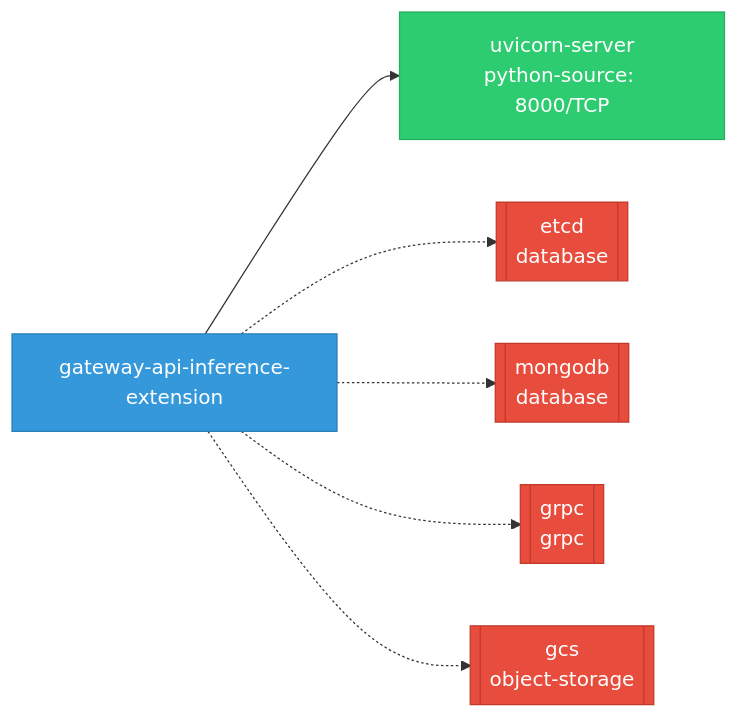
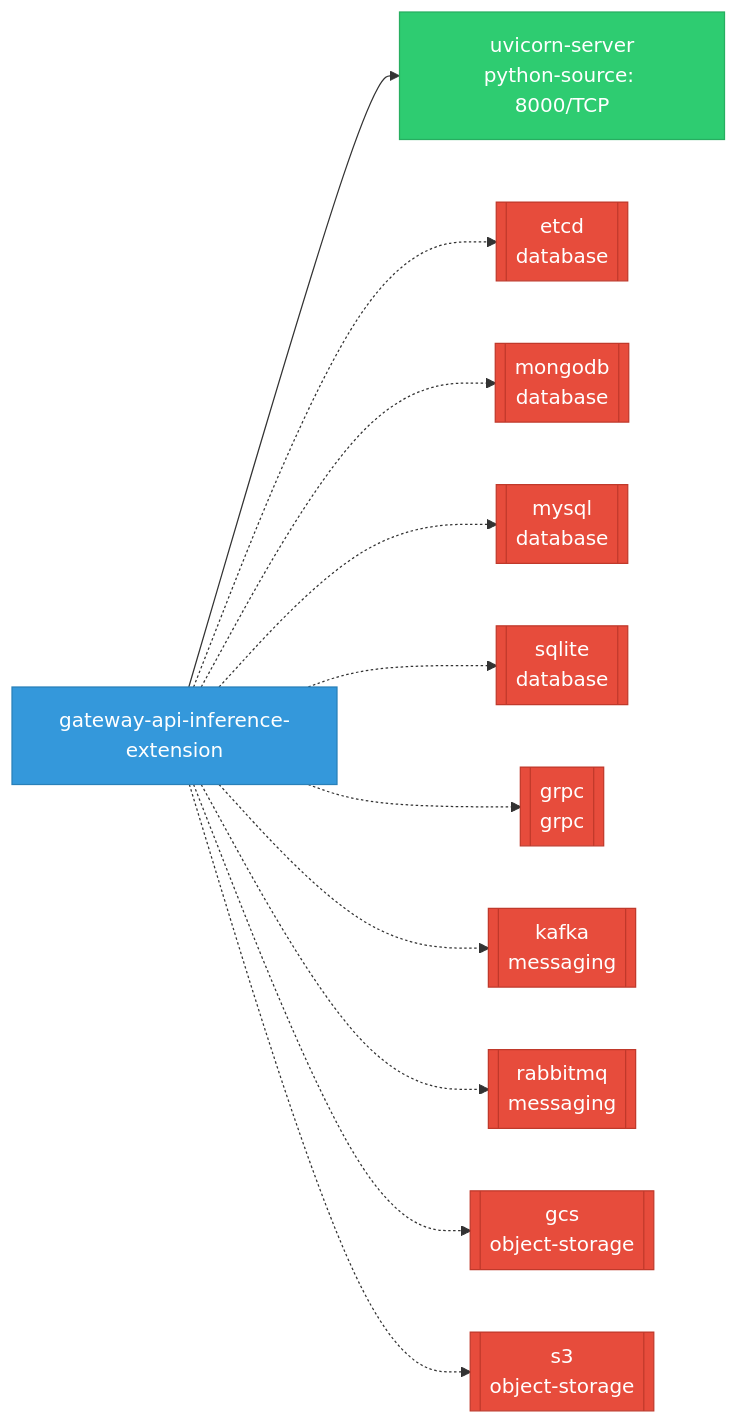
One commit to ugiordan/rhoai-architecture-analyzer changed the diagram in site/docs/use-cases/rhoai-platform/components/gateway_api_inference_extension/network.md. Above: the diagram before and after it, drawn with Mermaid. The commit also changed other lines of this file and 193 other files, not shown here.

````diff
--- a/site/docs/use-cases/rhoai-platform/components/gateway_api_inference_extension/network.md
+++ b/site/docs/use-cases/rhoai-platform/components/gateway_api_inference_extension/network.md
@@ -5,14 +5,19 @@
 ```mermaid
 graph LR
     classDef svc fill:#2ecc71,stroke:#27ae60,color:#fff
     classDef test fill:#95a5a6,stroke:#7f8c8d,color:#fff
     classDef component fill:#3498db,stroke:#2980b9,color:#fff
     classDef ext fill:#e74c3c,stroke:#c0392b,color:#fff
 
     gateway_api_inference_extension["gateway-api-inference-extension"]:::component
     gateway_api_inference_extension --> svc_0["uvicorn-server\npython-source: 8000/TCP"]:::svc
     gateway_api_inference_extension -.-> ext_etcd[["etcd\ndatabase"]]:::ext
     gateway_api_inference_extension -.-> ext_mongodb[["mongodb\ndatabase"]]:::ext
+    gateway_api_inference_extension -.-> ext_mysql[["mysql\ndatabase"]]:::ext
+    gateway_api_inference_extension -.-> ext_sqlite[["sqlite\ndatabase"]]:::ext
     gateway_api_inference_extension -.-> ext_grpc[["grpc\ngrpc"]]:::ext
+    gateway_api_inference_extension -.-> ext_kafka[["kafka\nmessaging"]]:::ext
+    gateway_api_inference_extension -.-> ext_rabbitmq[["rabbitmq\nmessaging"]]:::ext
     gateway_api_inference_extension -.-> ext_gcs[["gcs\nobject-storage"]]:::ext
+    gateway_api_inference_extension -.-> ext_s3[["s3\nobject-storage"]]:::ext
 ```
````
